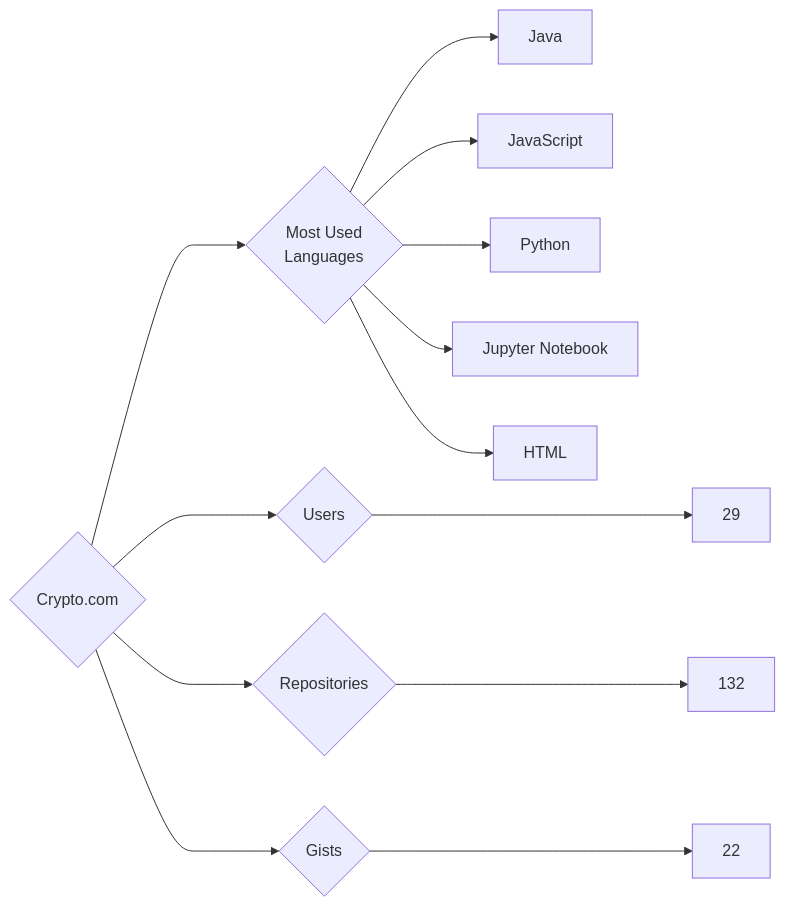
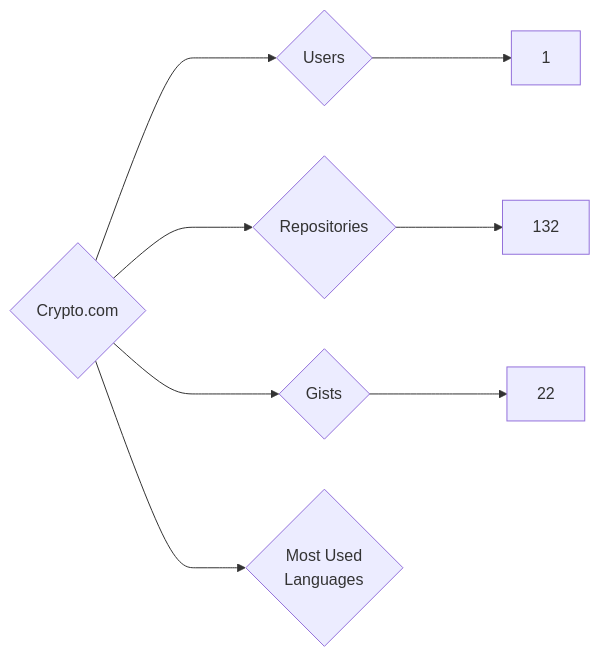
One commit to trickest/insiders changed the diagram in targets/Crypto.com/README.md. Above: the diagram before and after it, drawn with Mermaid. The commit also changed 553 other files, not shown here.

````diff
--- a/targets/Crypto.com/README.md
+++ b/targets/Crypto.com/README.md
@@ -3,13 +3,8 @@
 ```mermaid
 graph LR
 COMPANY_NAME{Crypto.com}
-COMPANY_NAME ---> U{Users} ---> UN[29]
+COMPANY_NAME ---> U{Users} ---> UN[1]
 COMPANY_NAME ---> R{Repositories} ---> RN[132]
 COMPANY_NAME ---> G{Gists} ---> GN[22]
 COMPANY_NAME ---> ML{Most Used<br>Languages}
-ML --> Java[Java]
-ML --> JavaScript[JavaScript]
-ML --> Python[Python]
-ML --> Jupyter_Notebook[Jupyter Notebook]
-ML --> HTML[HTML]
 ```
````
